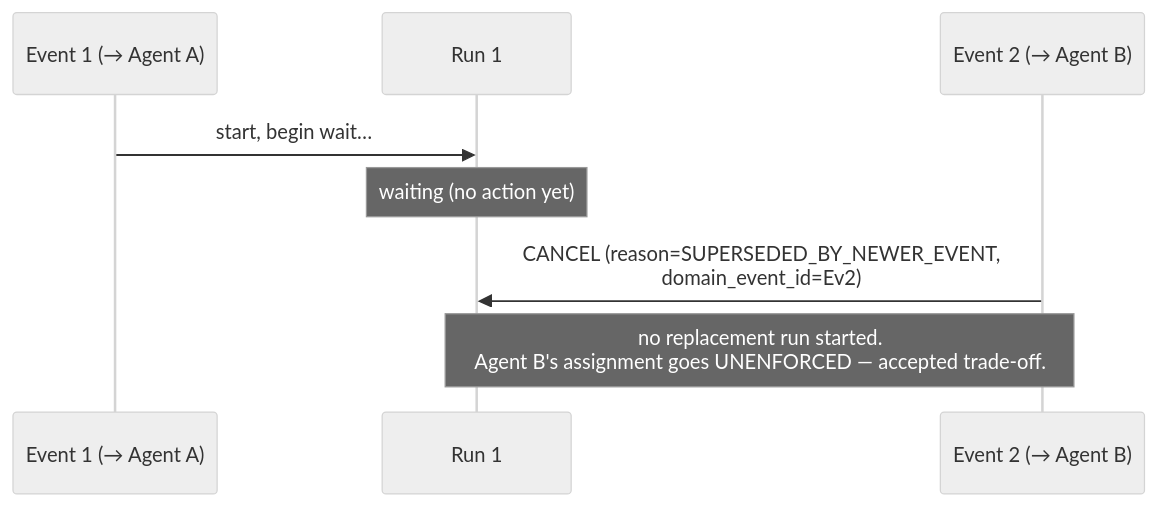
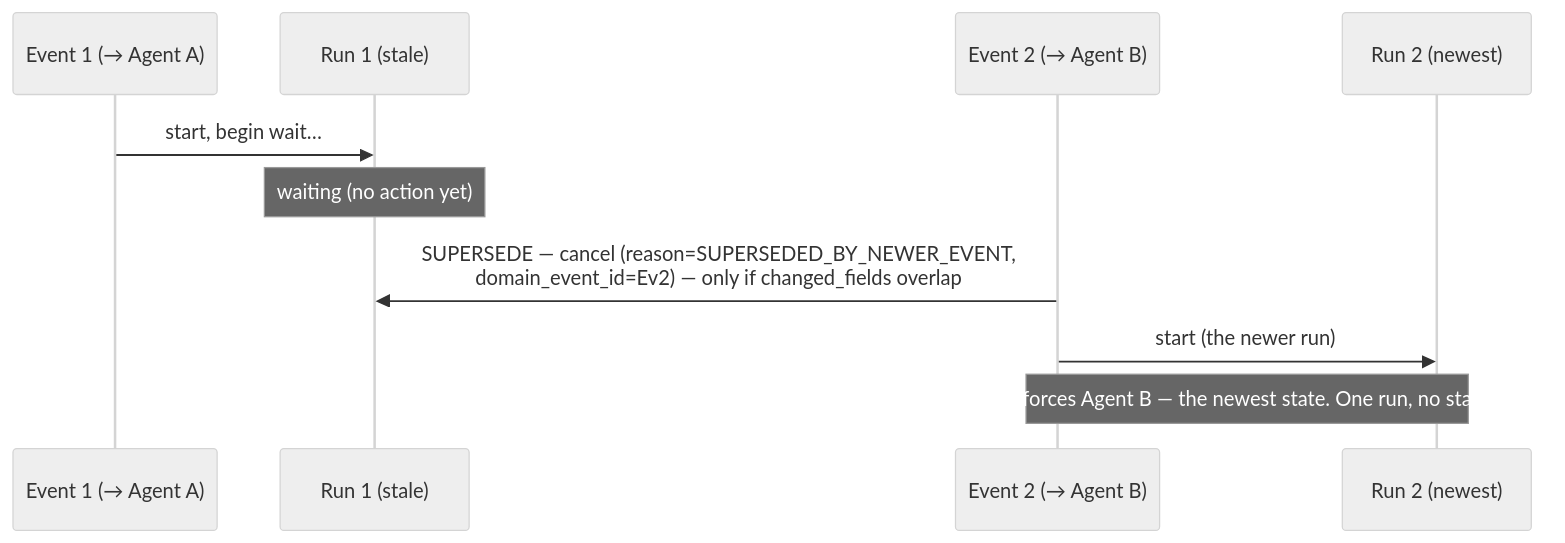
One commit to sarathkumar365/FUB-Automation changed the eighth of 8 diagrams in Docs/features/domain-events/overview.md. Above: the diagram before and after it, drawn with Mermaid (neutral theme). The commit also changed other lines of this file and 10 other files, not shown here.

````diff
--- a/Docs/features/domain-events/overview.md
+++ b/Docs/features/domain-events/overview.md
@@ -192,10 +192,12 @@
 ```mermaid
 sequenceDiagram
     participant Ev1 as Event 1 (→ Agent A)
-    participant Run1 as Run 1
+    participant Run1 as Run 1 (stale)
     participant Ev2 as Event 2 (→ Agent B)
+    participant Run2 as Run 2 (newest)
     Ev1->>Run1: start, begin wait…
     Note over Run1: waiting (no action yet)
-    Ev2->>Run1: CANCEL (reason=SUPERSEDED_BY_NEWER_EVENT,<br/>domain_event_id=Ev2)
-    Note over Ev2,Run1: no replacement run started.<br/>Agent B's assignment goes UNENFORCED — accepted trade-off.
+    Ev2->>Run1: SUPERSEDE — cancel (reason=SUPERSEDED_BY_NEWER_EVENT,<br/>domain_event_id=Ev2) — only if changed_fields overlap
+    Ev2->>Run2: start (the newer run)
+    Note over Ev2,Run2: Run 2 enforces Agent B — the newest state. One run, no stale action.
 ```
````
